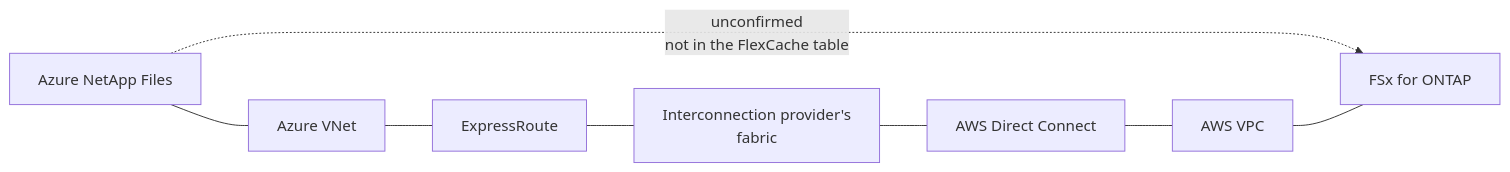
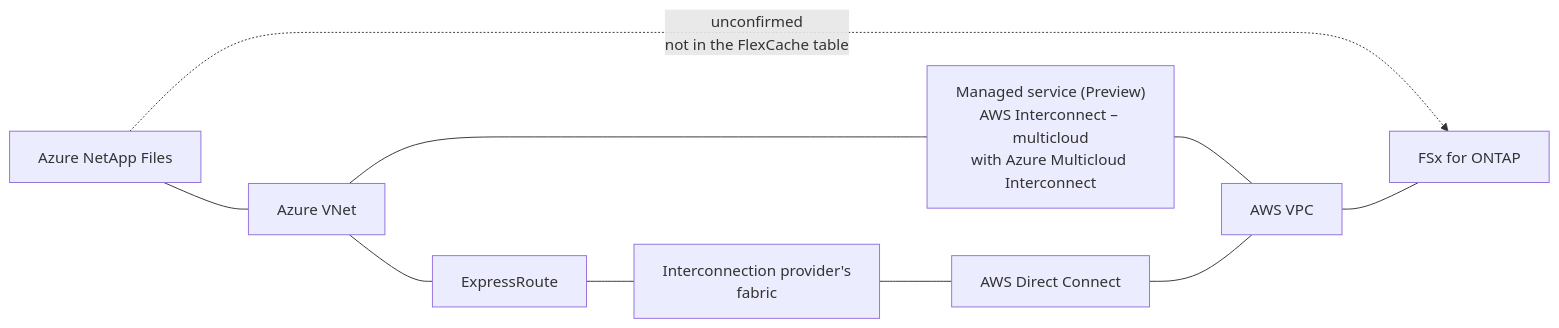
One commit to Yoshiki0705/S3-Burst-on-ONTAP-Files changed the third of 4 diagrams in docs/en/multi-cloud-connectivity.md. Above: the diagram before and after it, drawn with Mermaid. The commit also changed other lines of this file and 20 other files, not shown here.

````diff
--- a/docs/en/multi-cloud-connectivity.md
+++ b/docs/en/multi-cloud-connectivity.md
@@ -240,10 +284,12 @@
 ```mermaid
 flowchart LR
     ANF["Azure NetApp Files"] -. "unconfirmed<br/>not in the FlexCache table" .-> FSXN
     ANF --- VNET["Azure VNet"]
+    VNET --- IC["Managed service (Preview)<br/>AWS Interconnect – multicloud<br/>with Azure Multicloud Interconnect"]
+    IC --- AWSVPC["AWS VPC"]
     VNET --- ER["ExpressRoute"]
     ER --- FAB["Interconnection provider's<br/>fabric"]
     FAB --- DX["AWS Direct Connect"]
-    DX --- AWSVPC["AWS VPC"]
+    DX --- AWSVPC
     AWSVPC --- FSXN["FSx for ONTAP"]
 ```
````
